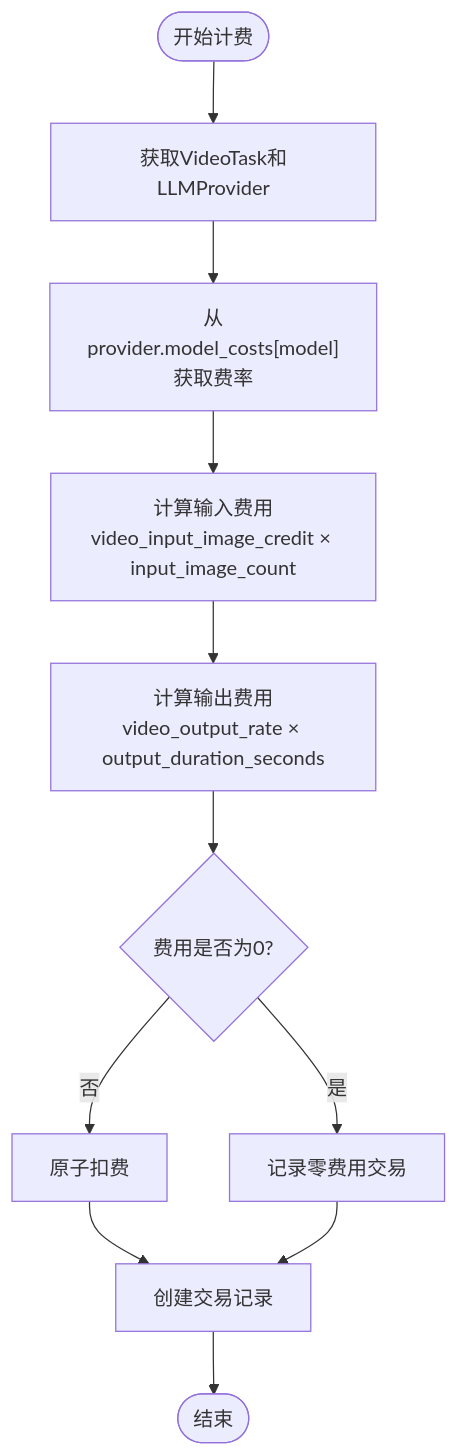
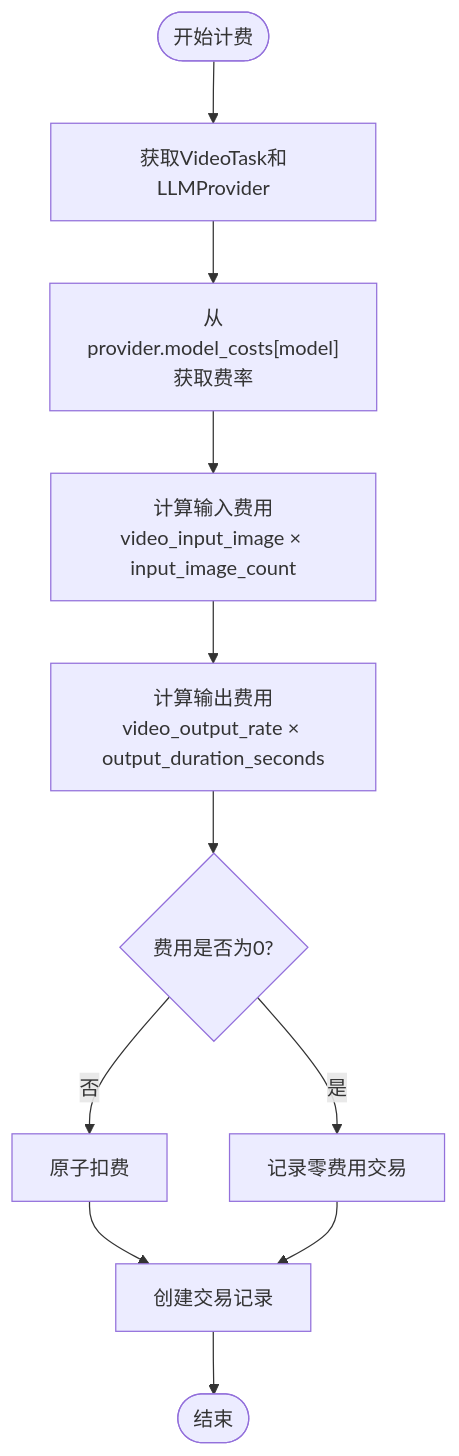
Before and after one commit to KunLabAI/KunFlix: the fifth of 12 diagrams in .qoder/repowiki/zh/content/API接口文档/视频生成API文档.md, drawn with Mermaid. The commit also changed other lines of this file and 10 other files, not shown here.

````diff
--- a/.qoder/repowiki/zh/content/API接口文档/视频生成API文档.md
+++ b/.qoder/repowiki/zh/content/API接口文档/视频生成API文档.md
@@ -246,13 +308,13 @@
 ```mermaid
 flowchart TD
 Start([开始计费]) --> GetTask["获取VideoTask和LLMProvider"]
 GetTask --> GetRate["从provider.model_costs[model]获取费率"]
-GetRate --> CalcInput["计算输入费用<br/>video_input_image_credit × input_image_count"]
+GetRate --> CalcInput["计算输入费用<br/>video_input_image × input_image_count"]
 CalcInput --> CalcOutput["计算输出费用<br/>video_output_rate × output_duration_seconds"]
 CalcOutput --> CheckZero{"费用是否为0?"}
 CheckZero --> |是| LogZero["记录零费用交易"]
 CheckZero --> |否| Deduct["原子扣费"]
 Deduct --> CreateTrans["创建交易记录"]
 LogZero --> CreateTrans
 CreateTrans --> End([结束])
 ```
````
